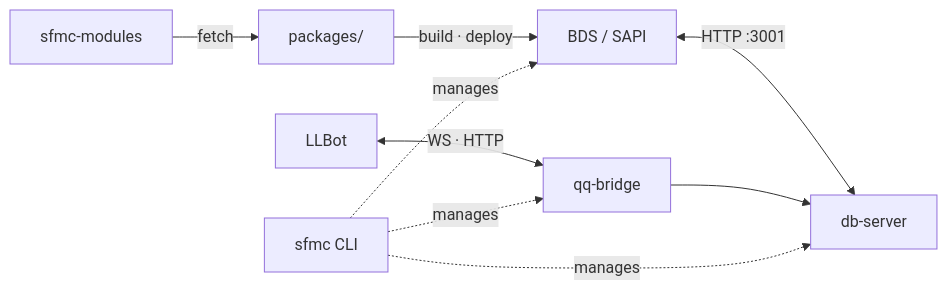
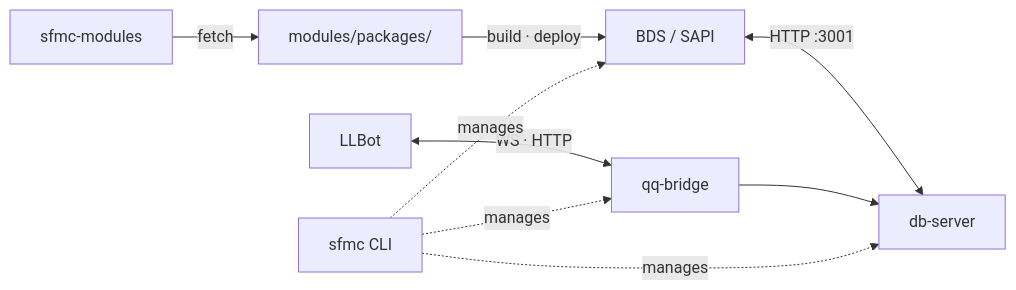
One commit to DogeLakeDev/ScriptsForMinecraftServer changed the first of 2 diagrams in README.en.md. Above: the diagram before and after it, drawn with Mermaid. The commit also changed other lines of this file and 369 other files, not shown here.

````diff
--- a/README.en.md
+++ b/README.en.md
@@ -31,8 +31,8 @@
 ```mermaid
 flowchart LR
-  REG["sfmc-modules"] -->|fetch| PKG["packages/"]
+  REG["sfmc-modules"] -->|fetch| PKG["modules/packages/"]
   PKG -->|build · deploy| BDS["BDS / SAPI"]
   BDS <-->|HTTP :3001| DB["db-server"]
   LLBot <-->|WS · HTTP| QQ["qq-bridge"] --> DB
   SFMC["sfmc CLI"] -. manages .-> BDS & DB & QQ
 ```
````
